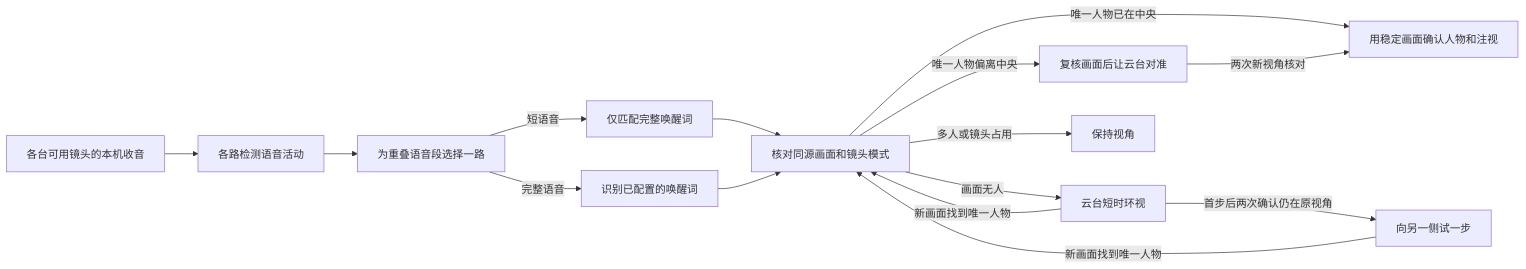
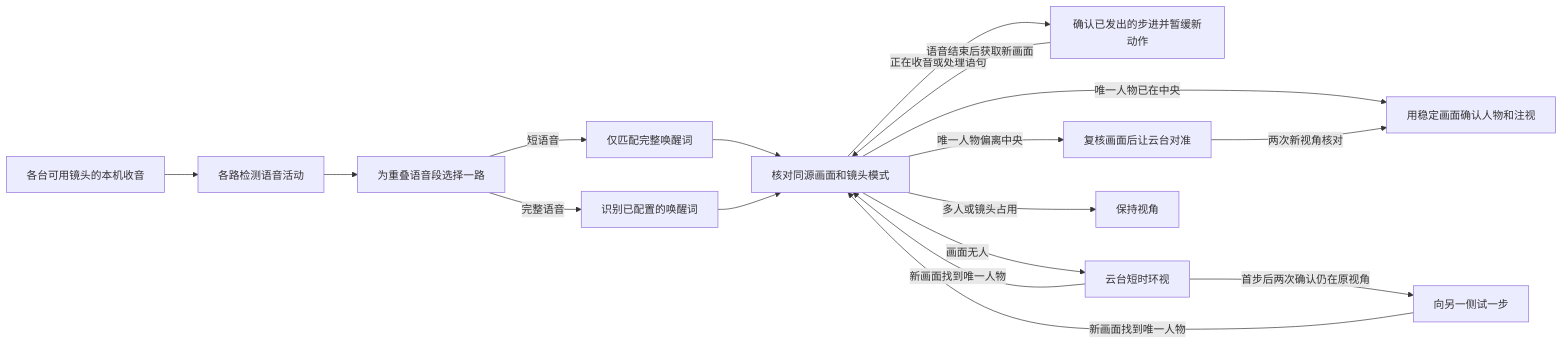
The seventh of 35 diagrams in docs/architecture.md (Geeprox/Friday), drawn with Mermaid before and after one commit. The commit also changed other lines of this file and 5 other files, not shown here.

````diff
--- a/docs/architecture.md
+++ b/docs/architecture.md
@@ -172,17 +172,19 @@
 ```mermaid
 flowchart LR
   A[各台可用镜头的本机收音] --> V[各路检测语音活动]
   V --> S[为重叠语音段选择一路]
   S -->|短语音| W[仅匹配完整唤醒词]
   S -->|完整语音| B[识别已配置的唤醒词]
   W --> C[核对同源画面和镜头模式]
   B --> C[核对同源画面和镜头模式]
+  C -->|正在收音或处理语句| P[确认已发出的步进并暂缓新动作]
+  P -->|语音结束后获取新画面| C
   C -->|唯一人物偏离中央| D[复核画面后让云台对准]
   C -->|唯一人物已在中央| G[用稳定画面确认人物和注视]
   C -->|画面无人| E[云台短时环视]
   E -->|首步后两次确认仍在原视角| H[向另一侧试一步]
   E -->|新画面找到唯一人物| C
   H -->|新画面找到唯一人物| C
   C -->|多人或镜头占用| F[保持视角]
   D -->|两次新视角核对| G
 ```
````
